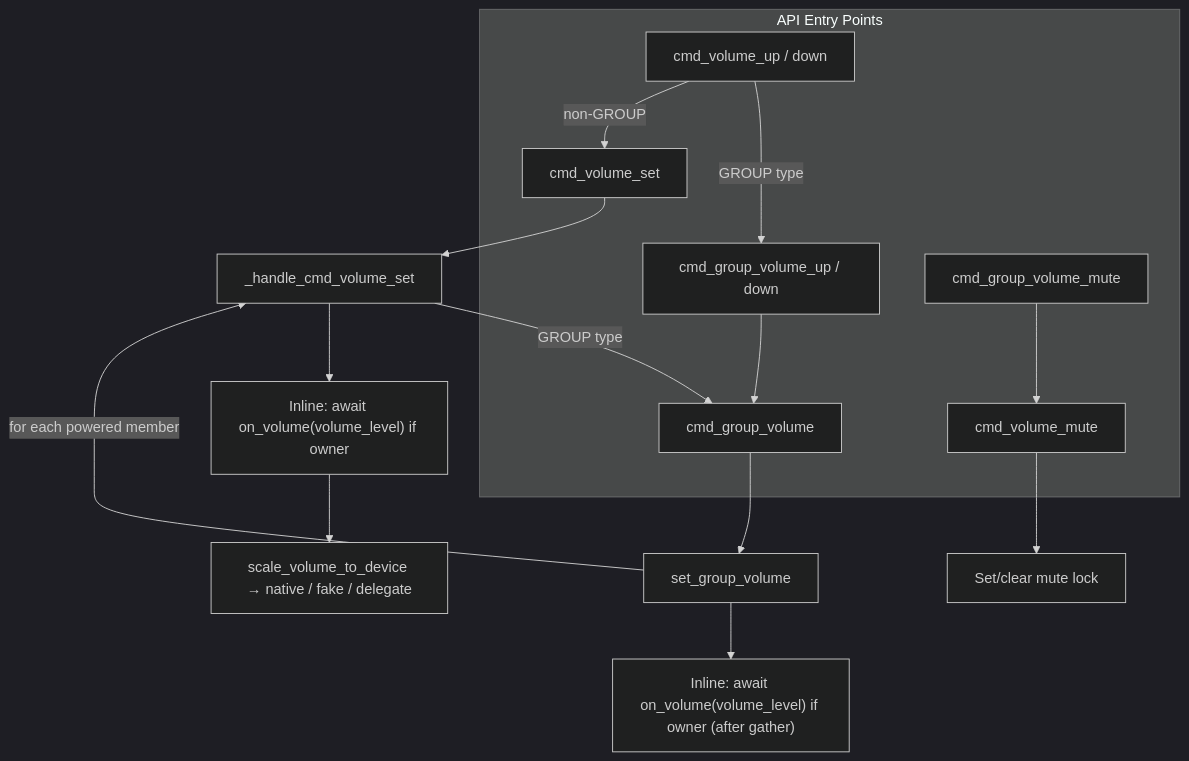
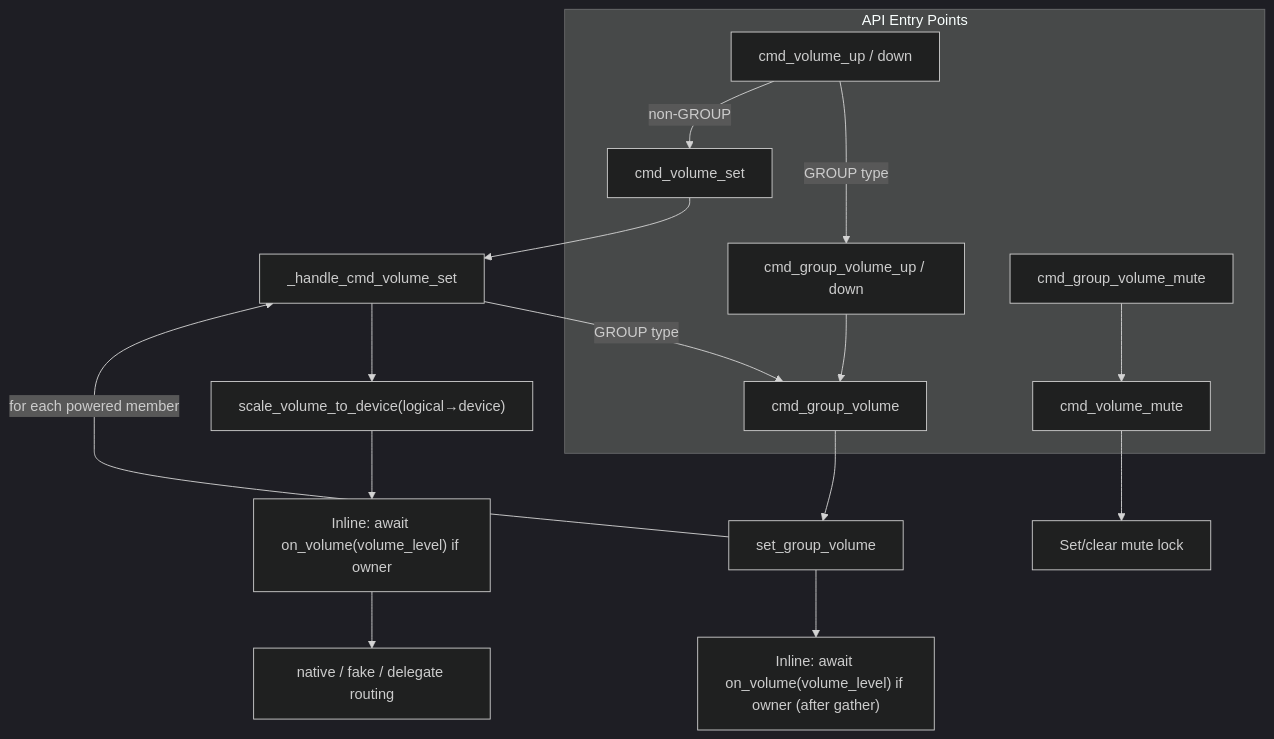
Before and after one commit to theturtle32/music-assistant-server: the second of 2 diagrams in docs/architecture/07-volume.md, drawn with Mermaid (dark theme). The commit also changed 1 other file, not shown here.

Commit message:
docs(architecture): address Gemini review feedback on Stack 2
- deselect_source: remove the misleading API route — the method is
  internal-only (not @api_command-decorated) and is called from
  controller-internal paths.
- Per-Player Locking: clarify that purpose is command-specific — power
  / playback commands use PlayerLockPurpose.PLAYBACK, volume commands
  use PlayerLockPurpose.VOLUME. The decorator picks the right purpose.
- Volume Command Flow Summary mermaid: split scale_volume_to_device
  into its own node before the on_volume callback so the order
  matches upstream (scale → on_volume → routing).

````diff
--- a/docs/architecture/07-volume.md
+++ b/docs/architecture/07-volume.md
@@ -251,26 +251,27 @@
 ```mermaid
 flowchart TD
     subgraph "API Entry Points"
         V1[cmd_volume_set]
         V2[cmd_volume_up / down]
         V3[cmd_group_volume]
         V4[cmd_group_volume_up / down]
         V5[cmd_group_volume_mute]
         V6[cmd_volume_mute]
     end
 
     V1 --> HV[_handle_cmd_volume_set]
     V2 -->|GROUP type| V4
     V2 -->|non-GROUP| V1
     V3 --> SGV[set_group_volume]
     V4 --> V3
     V5 --> V6
     V6 --> ML[Set/clear mute lock]
 
     HV -->|GROUP type| V3
-    HV --> PV3["Inline: await on_volume(volume_level) if owner"]
-    PV3 --> VR["scale_volume_to_device → native / fake / delegate"]
+    HV --> SV["scale_volume_to_device(logical→device)"]
+    SV --> PV3["Inline: await on_volume(volume_level) if owner"]
+    PV3 --> VR["native / fake / delegate routing"]
 
     SGV -->|"for each powered member"| HV
     SGV --> PV2["Inline: await on_volume(volume_level) if owner (after gather)"]
 ```
````
